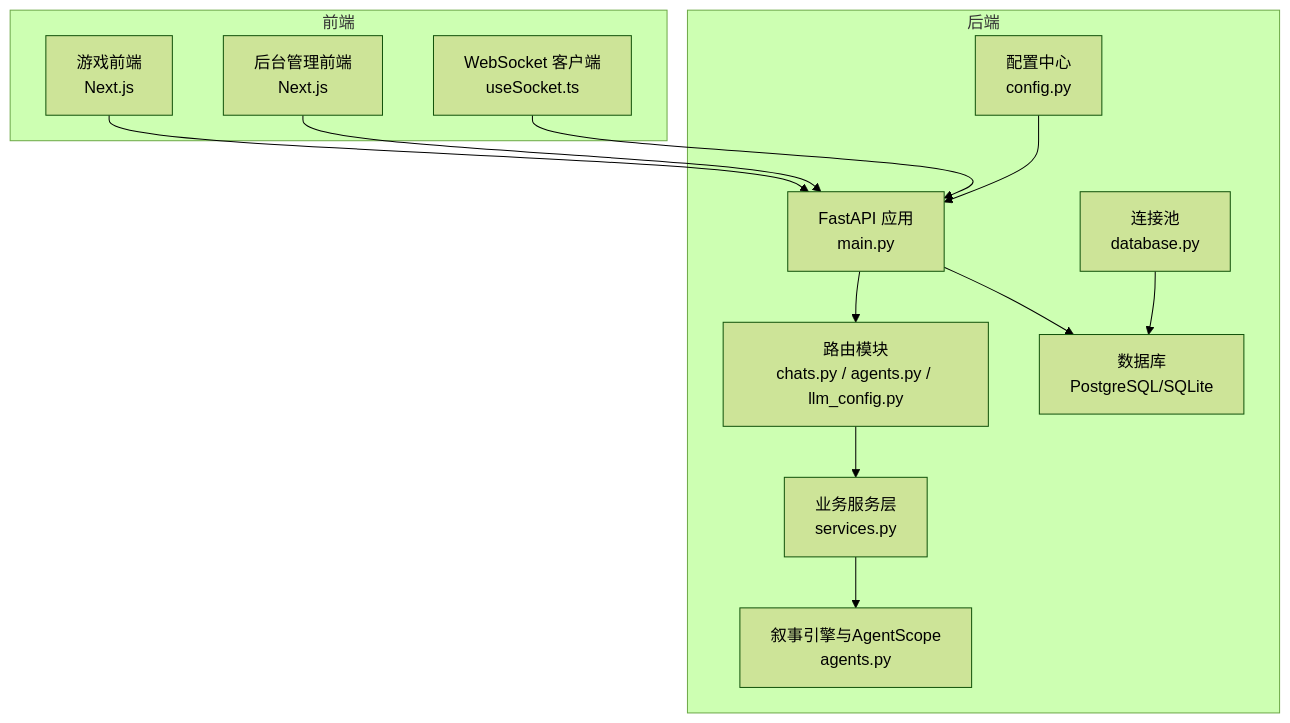
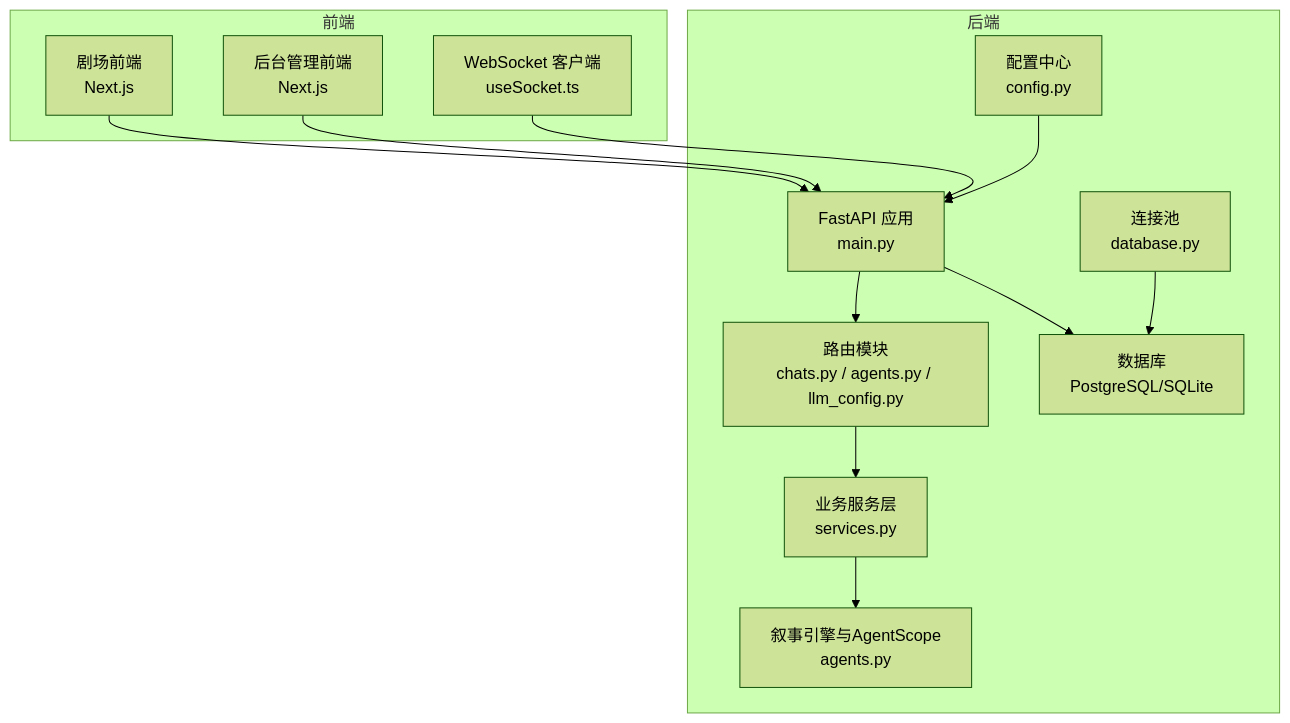
Before and after one commit to KunLabAI/KunFlix: the first of 7 diagrams in .qoder/repowiki/zh/content/部署指南/监控告警/监控告警.md, drawn with Mermaid (forest theme). The commit also changed other lines of this file and 112 other files, not shown here.

````diff
--- a/.qoder/repowiki/zh/content/部署指南/监控告警/监控告警.md
+++ b/.qoder/repowiki/zh/content/部署指南/监控告警/监控告警.md
@@ -37,26 +37,26 @@
 ```mermaid
 graph TB
 subgraph "前端"
-FE_Game["游戏前端<br/>Next.js"]
+FE_Theater["剧场前端<br/>Next.js"]
 FE_Admin["后台管理前端<br/>Next.js"]
 FE_Socket["WebSocket 客户端<br/>useSocket.ts"]
 end
 subgraph "后端"
 BE_API["FastAPI 应用<br/>main.py"]
 BE_DB["数据库<br/>PostgreSQL/SQLite"]
 BE_Routers["路由模块<br/>chats.py / agents.py / llm_config.py"]
 BE_Svc["业务服务层<br/>services.py"]
 BE_Agents["叙事引擎与AgentScope<br/>agents.py"]
 BE_Config["配置中心<br/>config.py"]
 BE_DBPool["连接池<br/>database.py"]
 end
-FE_Game --> BE_API
+FE_Theater --> BE_API
 FE_Admin --> BE_API
 FE_Socket --> BE_API
 BE_API --> BE_Routers
 BE_Routers --> BE_Svc
 BE_Svc --> BE_Agents
 BE_API --> BE_DB
 BE_DBPool --> BE_DB
 BE_Config --> BE_API
 ```
````
